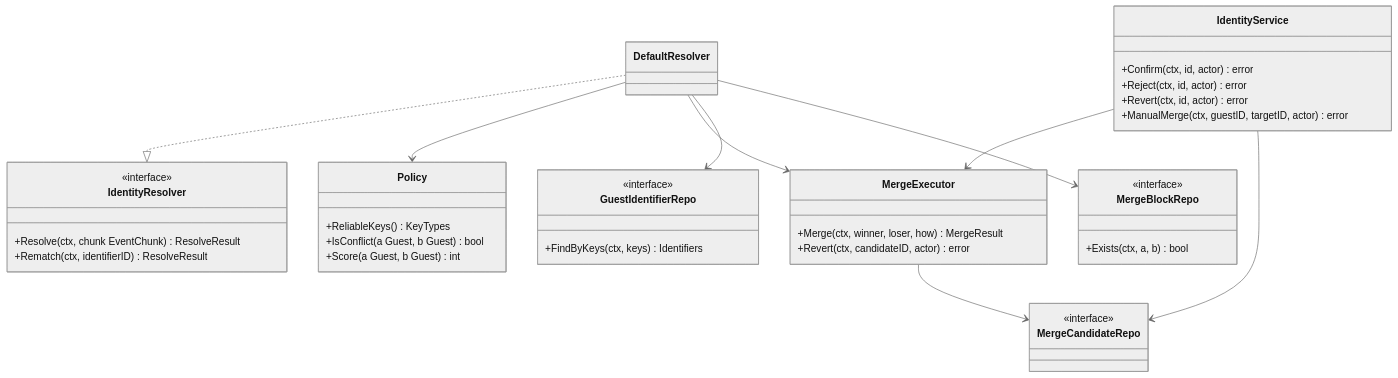
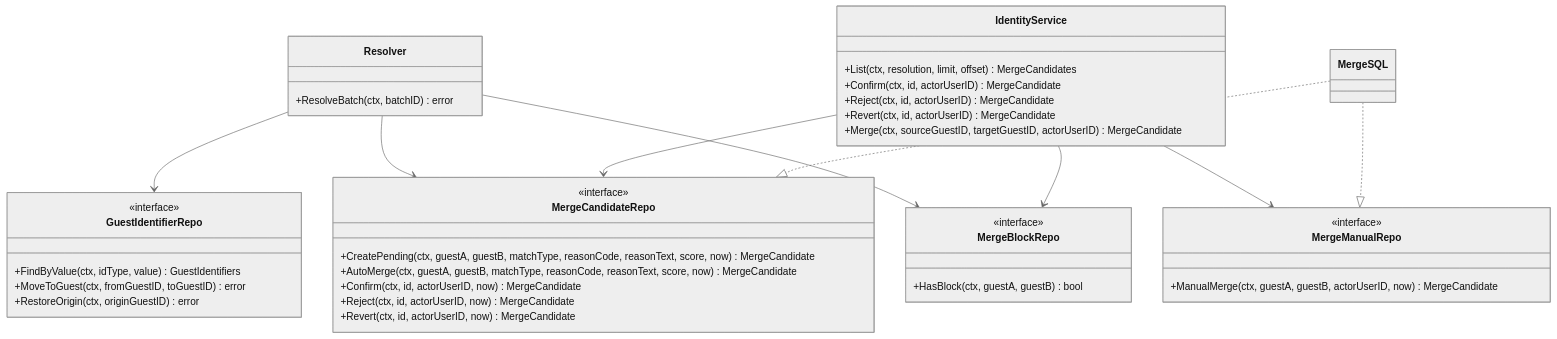
The third of 6 diagrams in docs/design/10-class-diagram.md (MangriMen/UCRP), drawn with Mermaid (neutral theme) before and after one commit. The commit also changed other lines of this file and 195 other files, not shown here.

````diff
--- a/docs/design/10-class-diagram.md
+++ b/docs/design/10-class-diagram.md
@@ -100,43 +104,44 @@
 ```mermaid
 classDiagram
-  class IdentityResolver {
-    <<interface>>
-    +Resolve(ctx, chunk EventChunk) ResolveResult
-    +Rematch(ctx, identifierID) ResolveResult
+  class Resolver {
+    +ResolveBatch(ctx, batchID) error
   }
-  class Policy {
-    +ReliableKeys() KeyTypes
-    +IsConflict(a Guest, b Guest) bool
-    +Score(a Guest, b Guest) int
-  }
-  class MergeExecutor {
-    +Merge(ctx, winner, loser, how) MergeResult
-    +Revert(ctx, candidateID, actor) error
-  }
-  class DefaultResolver
   class IdentityService {
-    +Confirm(ctx, id, actor) error
-    +Reject(ctx, id, actor) error
-    +Revert(ctx, id, actor) error
-    +ManualMerge(ctx, guestID, targetID, actor) error
+    +List(ctx, resolution, limit, offset) MergeCandidates
+    +Confirm(ctx, id, actorUserID) MergeCandidate
+    +Reject(ctx, id, actorUserID) MergeCandidate
+    +Revert(ctx, id, actorUserID) MergeCandidate
+    +Merge(ctx, sourceGuestID, targetGuestID, actorUserID) MergeCandidate
   }
   class MergeCandidateRepo {
     <<interface>>
+    +CreatePending(ctx, guestA, guestB, matchType, reasonCode, reasonText, score, now) MergeCandidate
+    +AutoMerge(ctx, guestA, guestB, matchType, reasonCode, reasonText, score, now) MergeCandidate
+    +Confirm(ctx, id, actorUserID, now) MergeCandidate
+    +Reject(ctx, id, actorUserID, now) MergeCandidate
+    +Revert(ctx, id, actorUserID, now) MergeCandidate
+  }
+  class MergeManualRepo {
+    <<interface>>
+    +ManualMerge(ctx, guestA, guestB, actorUserID, now) MergeCandidate
   }
   class MergeBlockRepo {
     <<interface>>
-    +Exists(ctx, a, b) bool
+    +HasBlock(ctx, guestA, guestB) bool
   }
   class GuestIdentifierRepo {
     <<interface>>
-    +FindByKeys(ctx, keys) Identifiers
+    +FindByValue(ctx, idType, value) GuestIdentifiers
+    +MoveToGuest(ctx, fromGuestID, toGuestID) error
+    +RestoreOrigin(ctx, originGuestID) error
   }
-  DefaultResolver ..|> IdentityResolver
-  DefaultResolver --> Policy
-  DefaultResolver --> MergeExecutor
-  DefaultResolver --> GuestIdentifierRepo
-  DefaultResolver --> MergeBlockRepo
-  IdentityService --> MergeExecutor
+  class MergeSQL
+  Resolver --> GuestIdentifierRepo
+  Resolver --> MergeCandidateRepo
+  Resolver --> MergeBlockRepo
   IdentityService --> MergeCandidateRepo
-  MergeExecutor --> MergeCandidateRepo
+  IdentityService --> MergeManualRepo
+  IdentityService --> MergeBlockRepo
+  MergeSQL ..|> MergeCandidateRepo
+  MergeSQL ..|> MergeManualRepo
 ```
````
